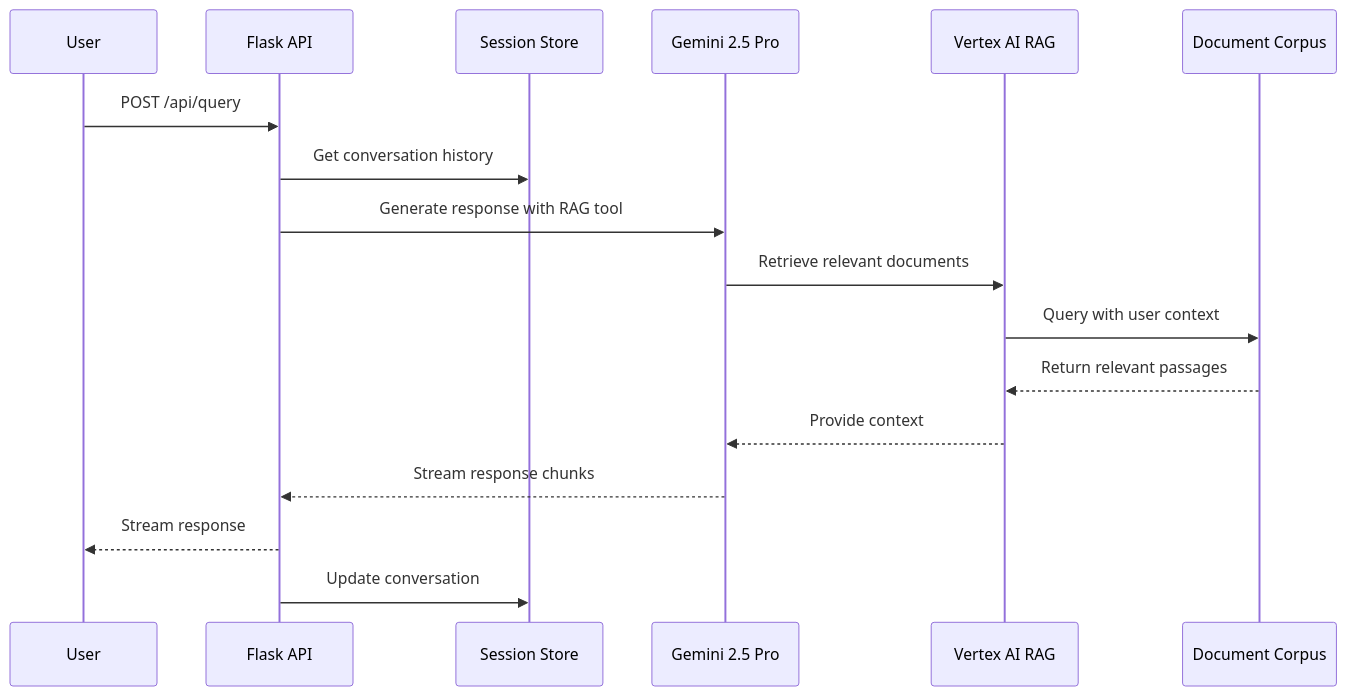
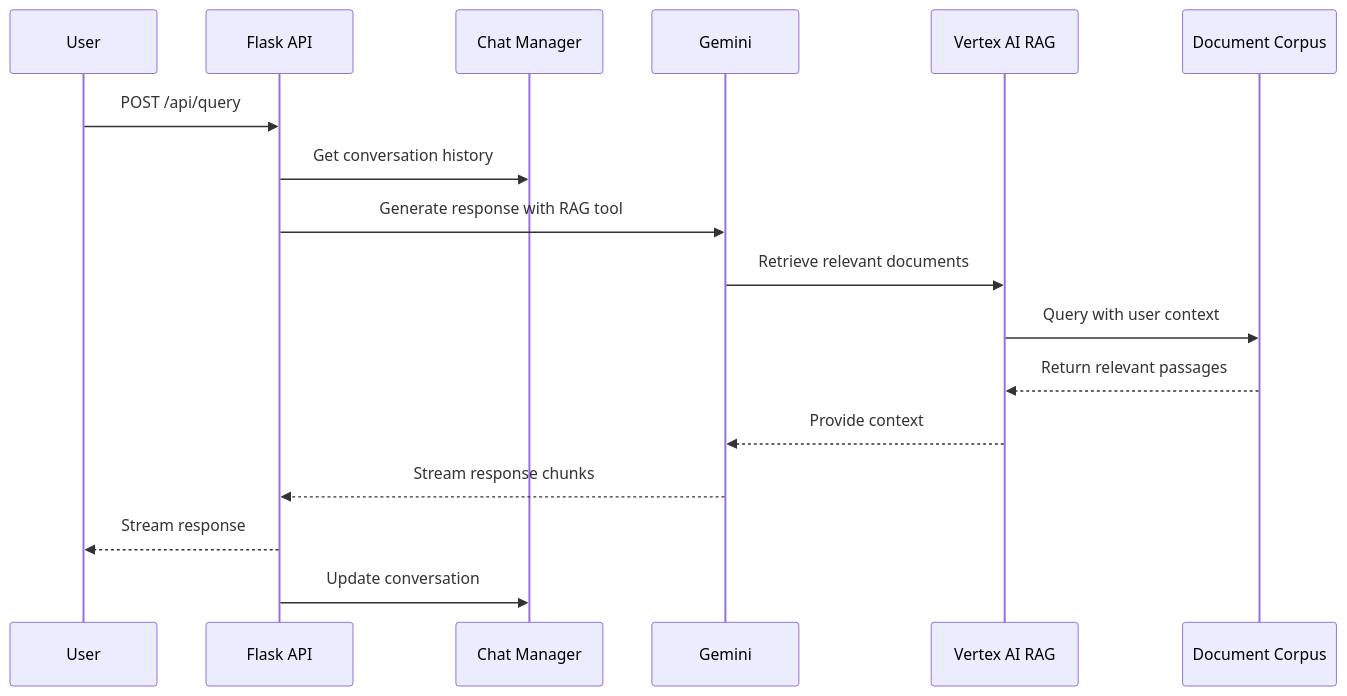
One commit to codeforpdx/tenantfirstaid changed the third of 9 diagrams in Architecture.md. Above: the diagram before and after it, drawn with Mermaid. The commit also changed other lines of this file and 6 other files, not shown here.

````diff
--- a/Architecture.md
+++ b/Architecture.md
@@ -164,20 +163,20 @@
 ```mermaid
 sequenceDiagram
     participant User
     participant Flask as Flask API
-    participant Session as Session Store
-    participant Gemini as Gemini 2.5 Pro
+    participant Session as Chat Manager
+    participant Gemini
     participant RAG as Vertex AI RAG
     participant Corpus as Document Corpus
 
     User->>Flask: POST /api/query
     Flask->>Session: Get conversation history
     Flask->>Gemini: Generate response with RAG tool
     Gemini->>RAG: Retrieve relevant documents
     RAG->>Corpus: Query with user context
     Corpus-->>RAG: Return relevant passages
     RAG-->>Gemini: Provide context
     Gemini-->>Flask: Stream response chunks
     Flask-->>User: Stream response
     Flask->>Session: Update conversation
 ```
````
